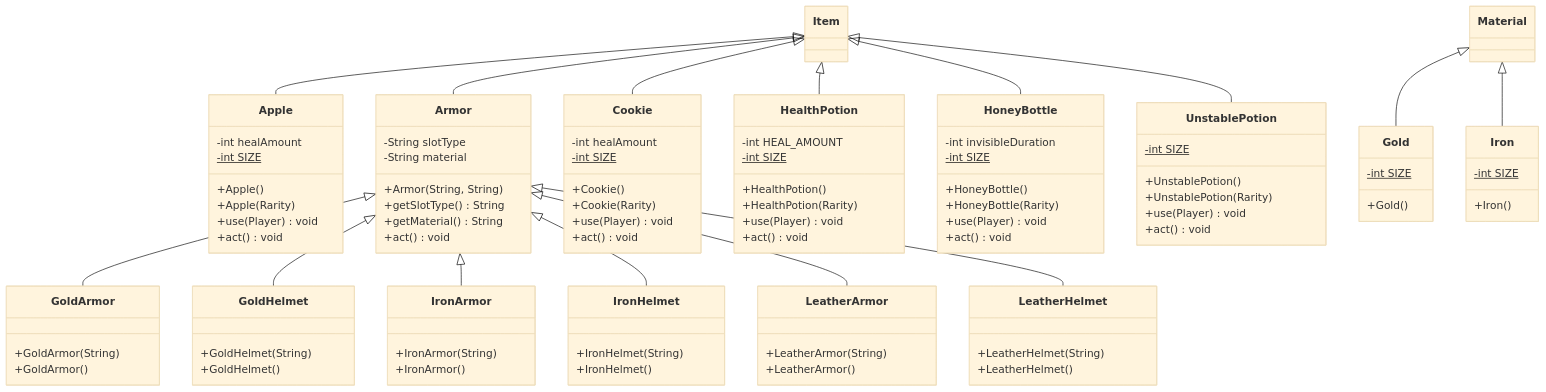
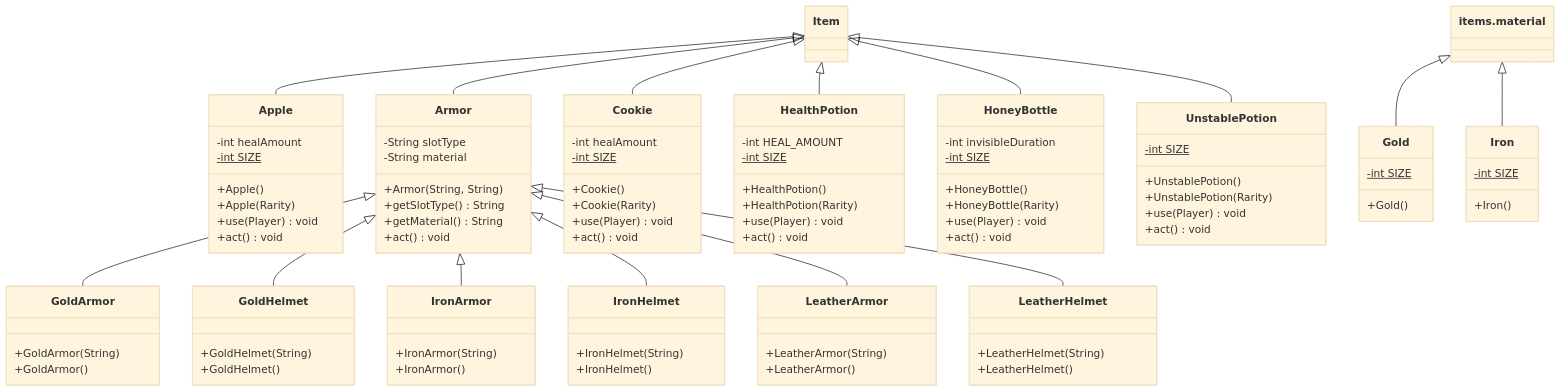
One commit to NorkelL/RPGProject changed the fourth of 8 diagrams in UML.md. Above: the diagram before and after it, drawn with Mermaid (base theme). The commit also changed other lines of this file and 19 other files, not shown here.

```diff
--- a/UML.md
+++ b/UML.md
@@ -656,12 +656,12 @@
     Item <|-- Apple
     Item <|-- Armor
     Item <|-- Cookie
-    Material <|-- Gold
+    items.material <|-- Gold
     Armor <|-- GoldArmor
     Armor <|-- GoldHelmet
     Item <|-- HealthPotion
     Item <|-- HoneyBottle
-    Material <|-- Iron
+    items.material <|-- Iron
     Armor <|-- IronArmor
     Armor <|-- IronHelmet
     Armor <|-- LeatherArmor
```
